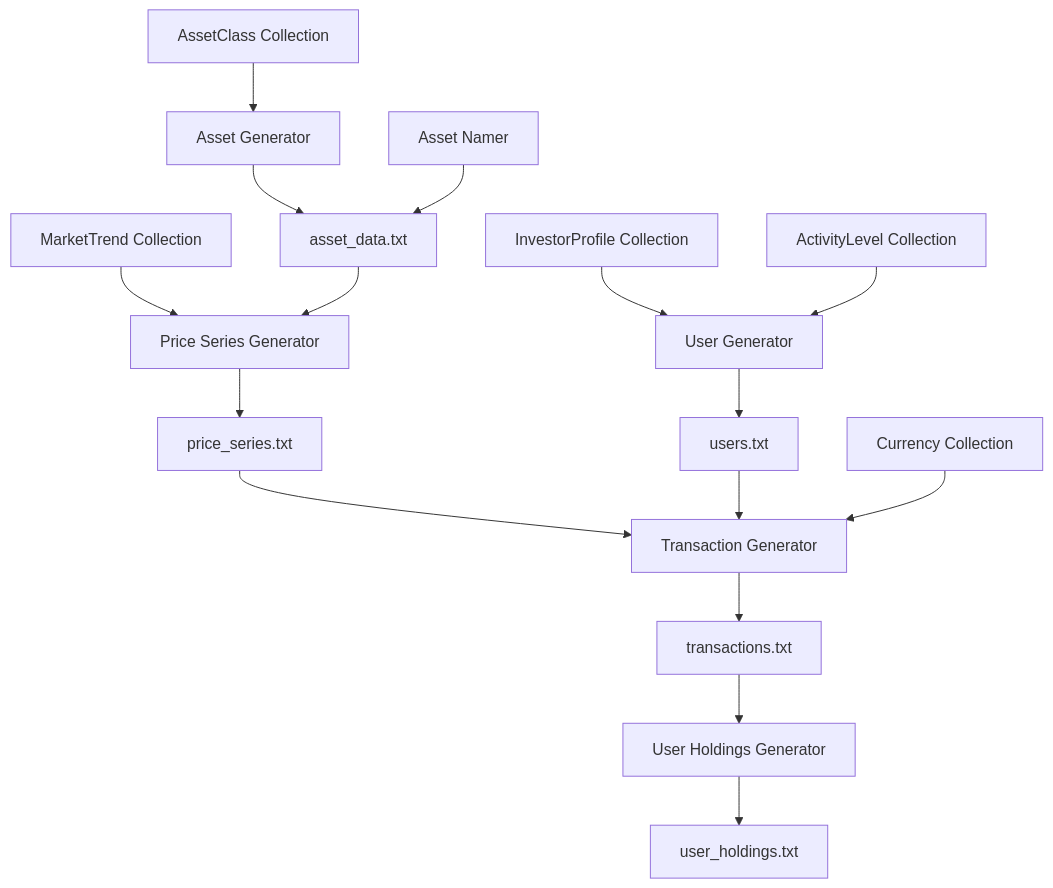
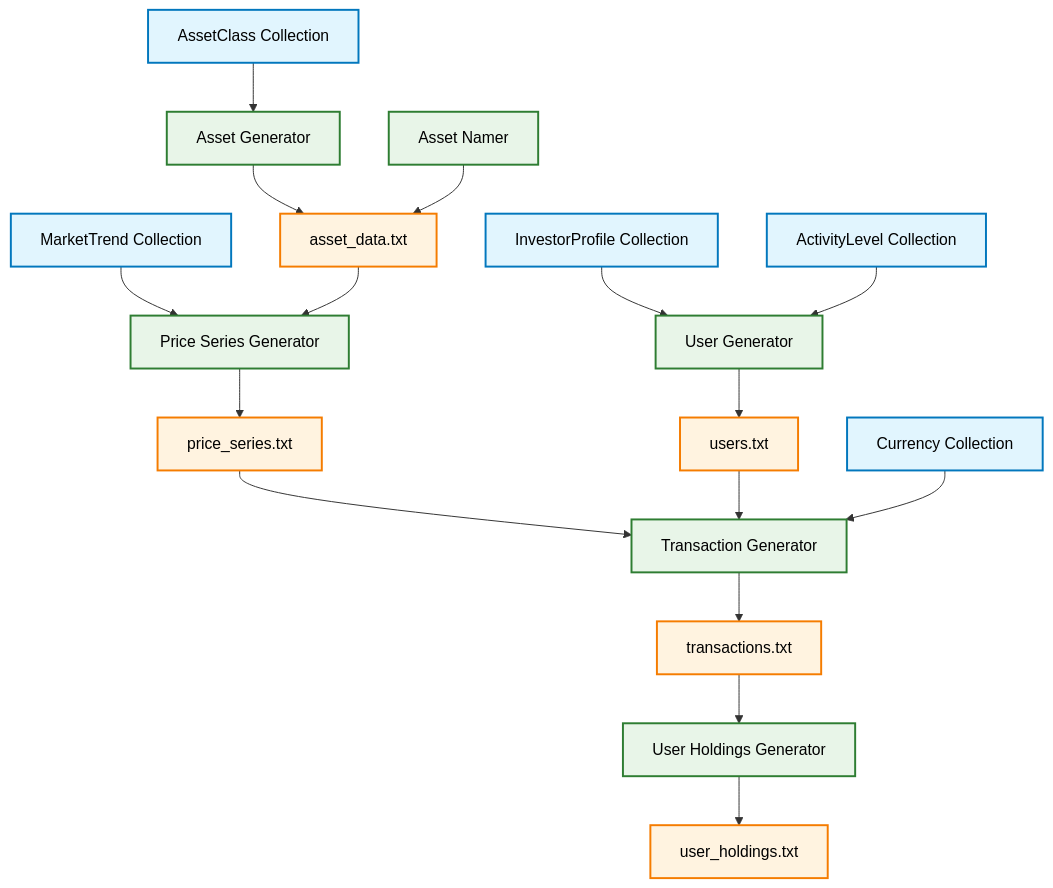
Before and after one commit to Schinzel/wise-crowd-data-generator: the diagram in doc/project_description/design.md, drawn with Mermaid.

Commit message:
Added colors to diagram

````diff
--- a/doc/project_description/design.md
+++ b/doc/project_description/design.md
@@ -5,41 +5,46 @@
 ```mermaid
 flowchart TD
     %% Data Collections
-    MT[MarketTrend Collection] 
-    AC[AssetClass Collection]
-    C[Currency Collection]
-    IP[InvestorProfile Collection]
-    AL[ActivityLevel Collection]
+    MT[MarketTrend Collection]:::collection
+    AC[AssetClass Collection]:::collection
+    C[Currency Collection]:::collection
+    IP[InvestorProfile Collection]:::collection
+    AL[ActivityLevel Collection]:::collection
     
     %% Generators
-    AG[Asset Generator]
-    AN[Asset Namer]
-    PSG[Price Series Generator]
-    UG[User Generator]
-    TG[Transaction Generator]
-    UHG[User Holdings Generator]
+    AG[Asset Generator]:::generator
+    AN[Asset Namer]:::generator
+    PSG[Price Series Generator]:::generator
+    UG[User Generator]:::generator
+    TG[Transaction Generator]:::generator
+    UHG[User Holdings Generator]:::generator
     
     %% Output files
-    AD[asset_data.txt]
-    PS[price_series.txt]
-    U[users.txt]
-    T[transactions.txt]
-    UH[user_holdings.txt]
+    AD[asset_data.txt]:::outputFile
+    PS[price_series.txt]:::outputFile
+    U[users.txt]:::outputFile
+    T[transactions.txt]:::outputFile
+    UH[user_holdings.txt]:::outputFile
     
     %% Relationships
     AC --> AG
     MT --> PSG
     AG --> AD
     AN --> AD
     AD --> PSG
     PSG --> PS
     IP --> UG
     AL --> UG
     UG --> U
     PS --> TG
     U --> TG
     C --> TG
     TG --> T
     T --> UHG
     UHG --> UH
+    
+    %% Styling
+    classDef collection fill:#e1f5fe,stroke:#0277bd,stroke-width:2px,color:#000
+    classDef generator fill:#e8f5e8,stroke:#2e7d32,stroke-width:2px,color:#000
+    classDef outputFile fill:#fff3e0,stroke:#f57c00,stroke-width:2px,color:#000
 ```
````
